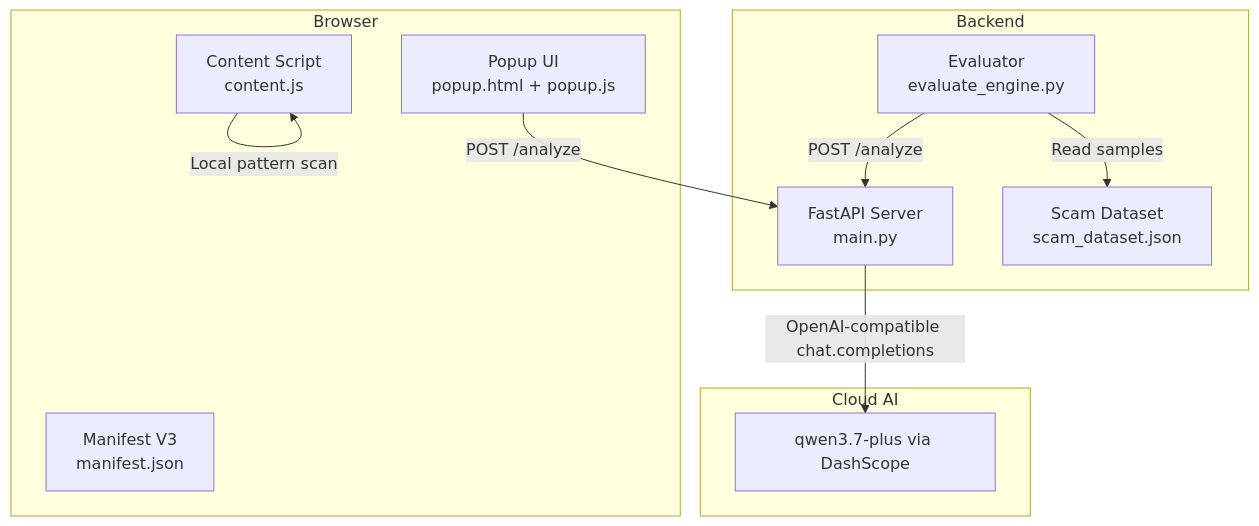
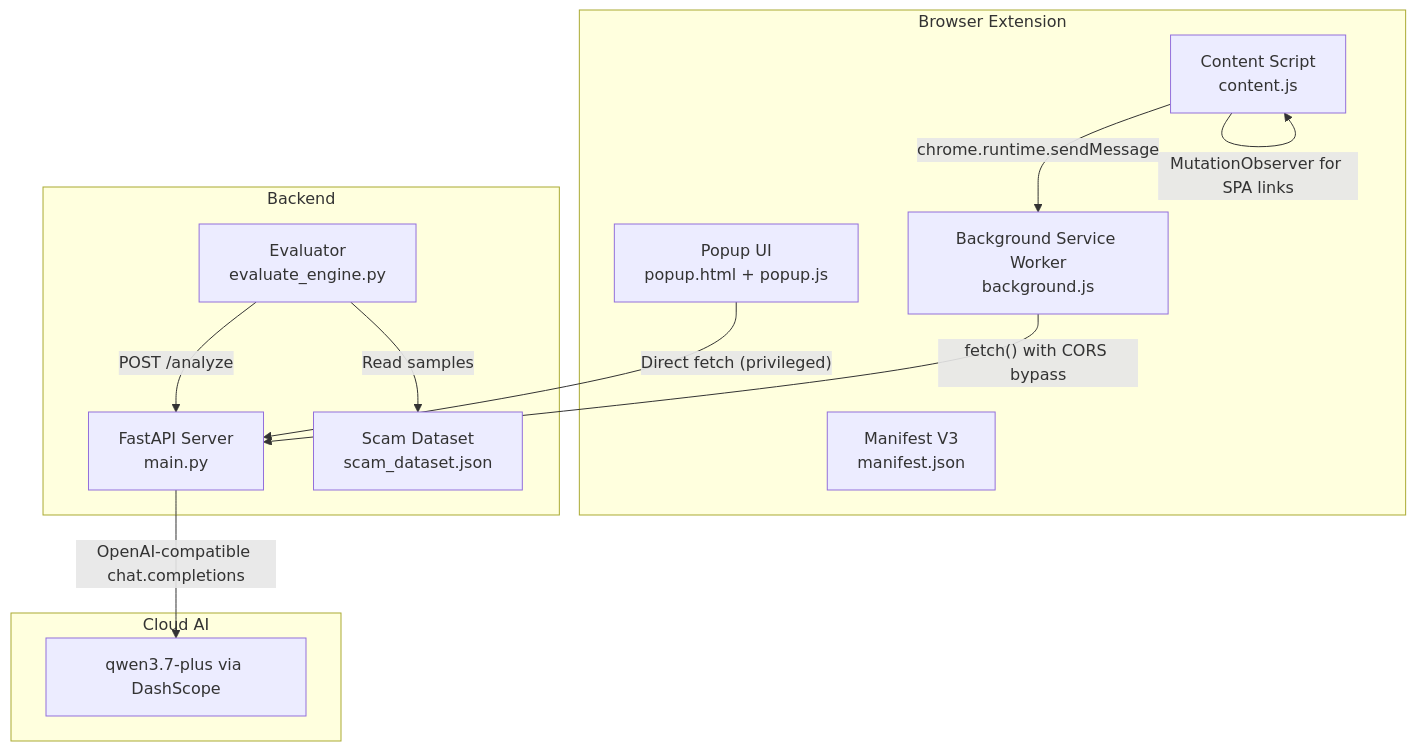
The first of 9 diagrams in .qoder/repowiki/en/content/Threat Detection Engine.md (Aymanaahh/scrollguard-ai), drawn with Mermaid before and after one commit. The commit also changed other lines of this file and 38 other files, not shown here.

````diff
--- a/.qoder/repowiki/en/content/Threat Detection Engine.md
+++ b/.qoder/repowiki/en/content/Threat Detection Engine.md
@@ -36,21 +49,25 @@
 ```mermaid
 graph TB
-subgraph "Browser"
+subgraph "Browser Extension"
+BSW["Background Service Worker<br/>background.js"]
 CS["Content Script<br/>content.js"]
 POP["Popup UI<br/>popup.html + popup.js"]
 MAN["Manifest V3<br/>manifest.json"]
 end
 subgraph "Backend"
 API["FastAPI Server<br/>main.py"]
 EVAL["Evaluator<br/>evaluate_engine.py"]
 DATA["Scam Dataset<br/>scam_dataset.json"]
 end
 subgraph "Cloud AI"
 LLM["qwen3.7-plus via DashScope"]
 end
 CS --> |"Local pattern scan"| CS
-POP --> |"POST /analyze"| API
+CS --> |"chrome.runtime.sendMessage"| BSW
+POP --> |"Direct fetch (privileged)"| API
+BSW --> |"fetch() with CORS bypass"| API
 API --> |"OpenAI-compatible chat.completions"| LLM
 EVAL --> |"POST /analyze"| API
 EVAL --> |"Read samples"| DATA
+CS --> |"MutationObserver for SPA links"| CS
 ```
````
